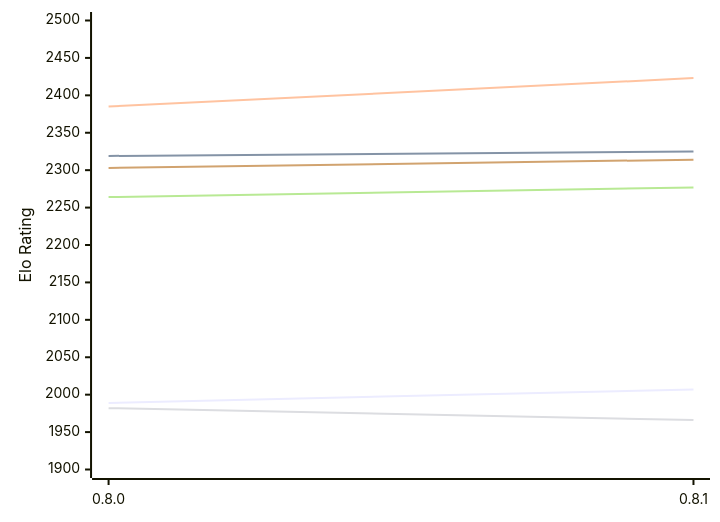
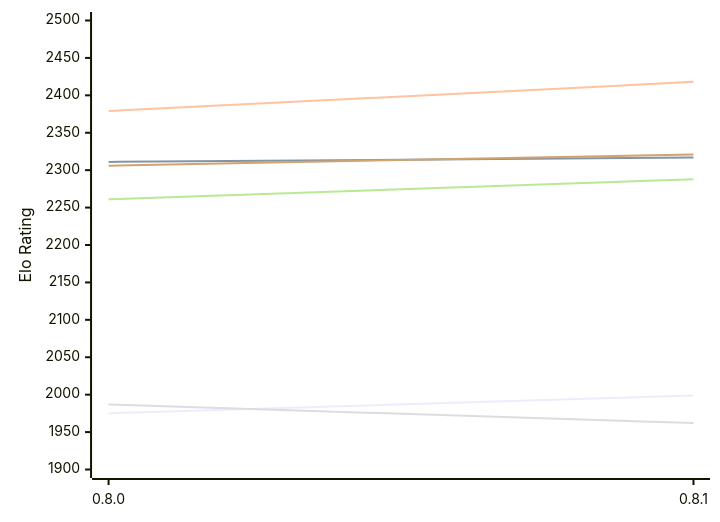
Before and after one commit to computer-chess-index/cci: the diagram in engines/LittleWing.md, drawn with Mermaid. The commit also changed other lines of this file, not shown here.

Commit message:
Update CCI Ratings (ELO VLTC) - 2026-11-15

````diff
--- a/engines/LittleWing.md
+++ b/engines/LittleWing.md
@@ -49,12 +49,12 @@
 ```mermaid
 %%{init: {"theme":"base","themeVariables":{"seriesColors:['#a3a3a3','#222221','#faa371']}}}%%
 xychart-beta
   x-axis ["0.8.0", "0.8.1"]
   y-axis "Elo Rating" 1900 --> 2500
-  line "E1: STC (8.0+0.08s)" [1989, 2007]
-  line "E1: LTC (60.0+0.60s)" [2319, 2325]
-  line "E1: VLTC (2m24s+1.12s)" [2385, 2423]
-  line "P1: STC (8.0+0.08s)" [1982, 1966]
-  line "P1: LTC (60.0+0.60s)" [2264, 2277]
-  line "P1: VLTC (2m24s+1.12s)" [2303, 2314]
+  line "E1: STC (8.0+0.08s)" [1975, 1999]
+  line "E1: LTC (60.0+0.60s)" [2311, 2317]
+  line "E1: VLTC (2m24s+1.12s)" [2379, 2418]
+  line "P1: STC (8.0+0.08s)" [1987, 1962]
+  line "P1: LTC (60.0+0.60s)" [2261, 2288]
+  line "P1: VLTC (2m24s+1.12s)" [2306, 2321]
 ```
````
